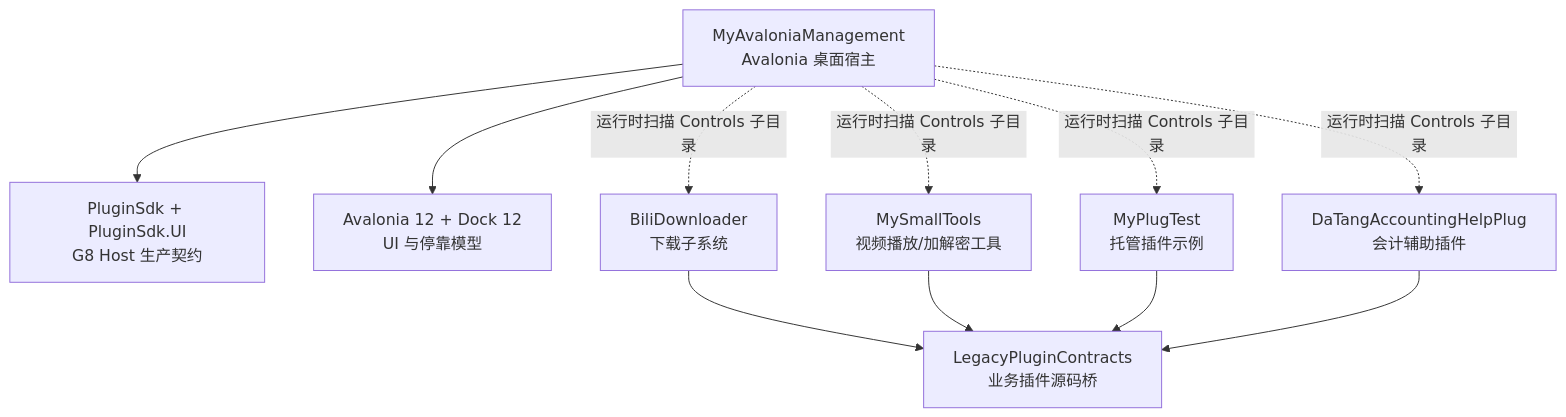
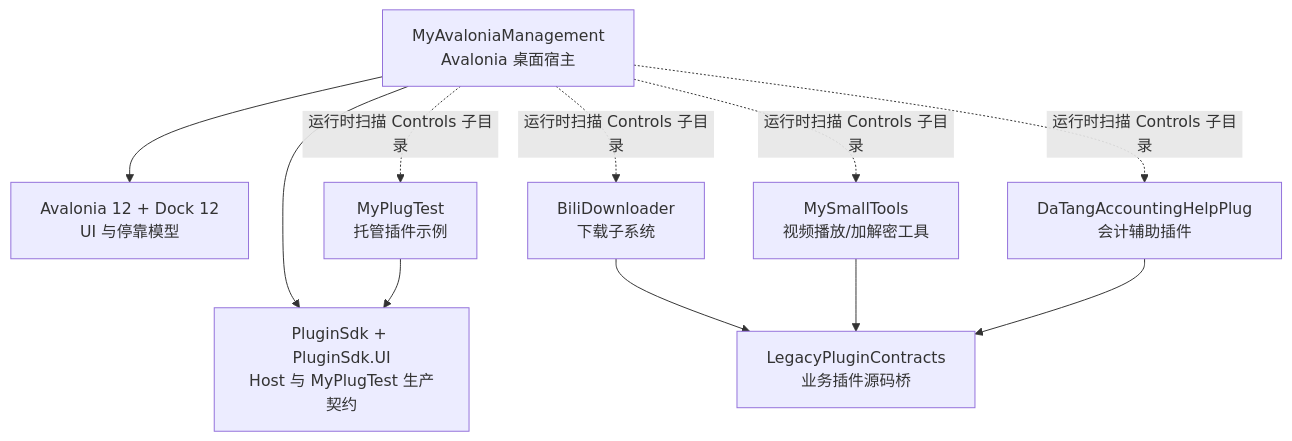
The first of 5 diagrams in docs/design/host-plugin-architecture-review.md (crownclowngx/avalonia_dock_simple_test), drawn with Mermaid before and after one commit. The commit also changed other lines of this file and 45 other files, not shown here.

First line of the commit message:
feat(plugin): 完成 G9 MyPlugTest Host V2 迁移

````diff
--- a/docs/design/host-plugin-architecture-review.md
+++ b/docs/design/host-plugin-architecture-review.md
@@ -32,24 +32,24 @@
 ```mermaid
 flowchart TB
     Host["MyAvaloniaManagement<br/>Avalonia 桌面宿主"]
-    Sdk["PluginSdk + PluginSdk.UI<br/>G8 Host 生产契约"]
+    Sdk["PluginSdk + PluginSdk.UI<br/>Host 与 MyPlugTest 生产契约"]
     Legacy["LegacyPluginContracts<br/>业务插件源码桥"]
     Dock["Avalonia 12 + Dock 12<br/>UI 与停靠模型"]
 
     Bili["BiliDownloader<br/>下载子系统"]
     Small["MySmallTools<br/>视频播放/加解密工具"]
     TestPlug["MyPlugTest<br/>托管插件示例"]
     DaTang["DaTangAccountingHelpPlug<br/>会计辅助插件"]
 
     Host --> Sdk
     Host --> Dock
     Bili --> Legacy
     Small --> Legacy
-    TestPlug --> Legacy
+    TestPlug --> Sdk
     DaTang --> Legacy
 
     Host -. "运行时扫描 Controls 子目录" .-> Bili
     Host -. "运行时扫描 Controls 子目录" .-> Small
     Host -. "运行时扫描 Controls 子目录" .-> TestPlug
     Host -. "运行时扫描 Controls 子目录" .-> DaTang
 ```
````
